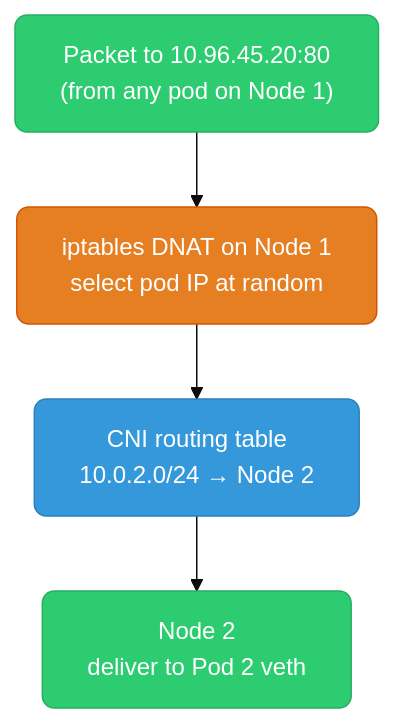
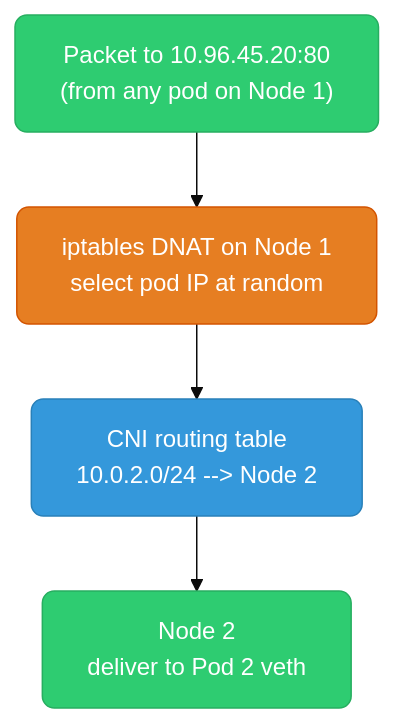
The fourth of 23 diagrams in devops/kubernetes/networking.md (deepanshu-rawat6/tour-of-go), drawn with Mermaid (base theme) before and after one commit. The commit also changed other lines of this file and 25 other files, not shown here.

````diff
--- a/devops/kubernetes/networking.md
+++ b/devops/kubernetes/networking.md
@@ -136,13 +136,13 @@
 ```mermaid
 graph TD
     classDef kern fill:#e67e22,stroke:#d35400,color:#fff,rx:8
     classDef cni fill:#3498db,stroke:#2980b9,color:#fff,rx:8
     classDef node fill:#2ecc71,stroke:#27ae60,color:#fff,rx:8
 
     PKT["Packet to 10.96.45.20:80<br/>(from any pod on Node 1)"]
     DNAT["iptables DNAT on Node 1<br/>select pod IP at random"]:::kern
-    ROUTE["CNI routing table<br/>10.0.2.0/24 → Node 2"]:::cni
+    ROUTE["CNI routing table<br/>10.0.2.0/24 --> Node 2"]:::cni
     NODE2["Node 2<br/>deliver to Pod 2 veth"]:::node
 
     PKT --> DNAT --> ROUTE --> NODE2
 ```
````
